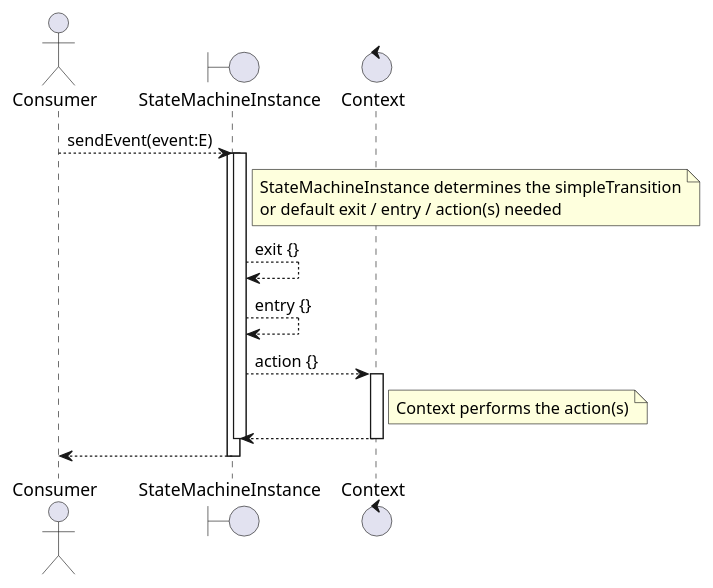
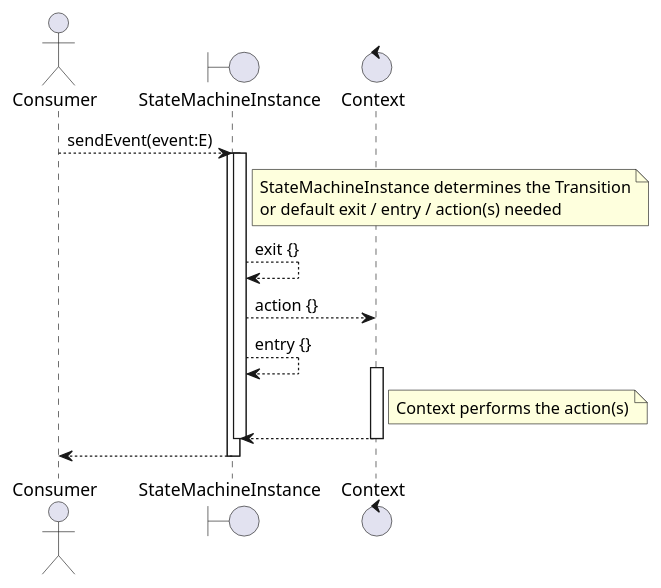
One commit to open-jumpco/kfsm changed the diagram in src/doc/plantuml/statemachine_sequence.plantuml. Above: the diagram before and after it, drawn with PlantUML. The commit also changed 5 other files, not shown here.

```diff
--- a/src/doc/plantuml/statemachine_sequence.plantuml
+++ b/src/doc/plantuml/statemachine_sequence.plantuml
@@ -1,27 +1,27 @@
 @startuml
 
 actor Consumer
 boundary StateMachineInstance
 control Context
 
 Consumer ----> StateMachineInstance : sendEvent(event:E)
 
     activate StateMachineInstance
     note right of StateMachineInstance
-        StateMachineInstance determines the simpleTransition
+        StateMachineInstance determines the Transition
         or default exit / entry / action(s) needed
     end note
     activate StateMachineInstance
     StateMachineInstance ----> StateMachineInstance : exit {}
+    StateMachineInstance ----> Context : action {}
     StateMachineInstance ----> StateMachineInstance : entry {}
-    StateMachineInstance ----> Context : action {}
     activate Context
     note right of Context
         Context performs the action(s)
     end note
     Context ---->  StateMachineInstance
     deactivate Context
     deactivate StateMachineInstance
     return
 
 @enduml
```
